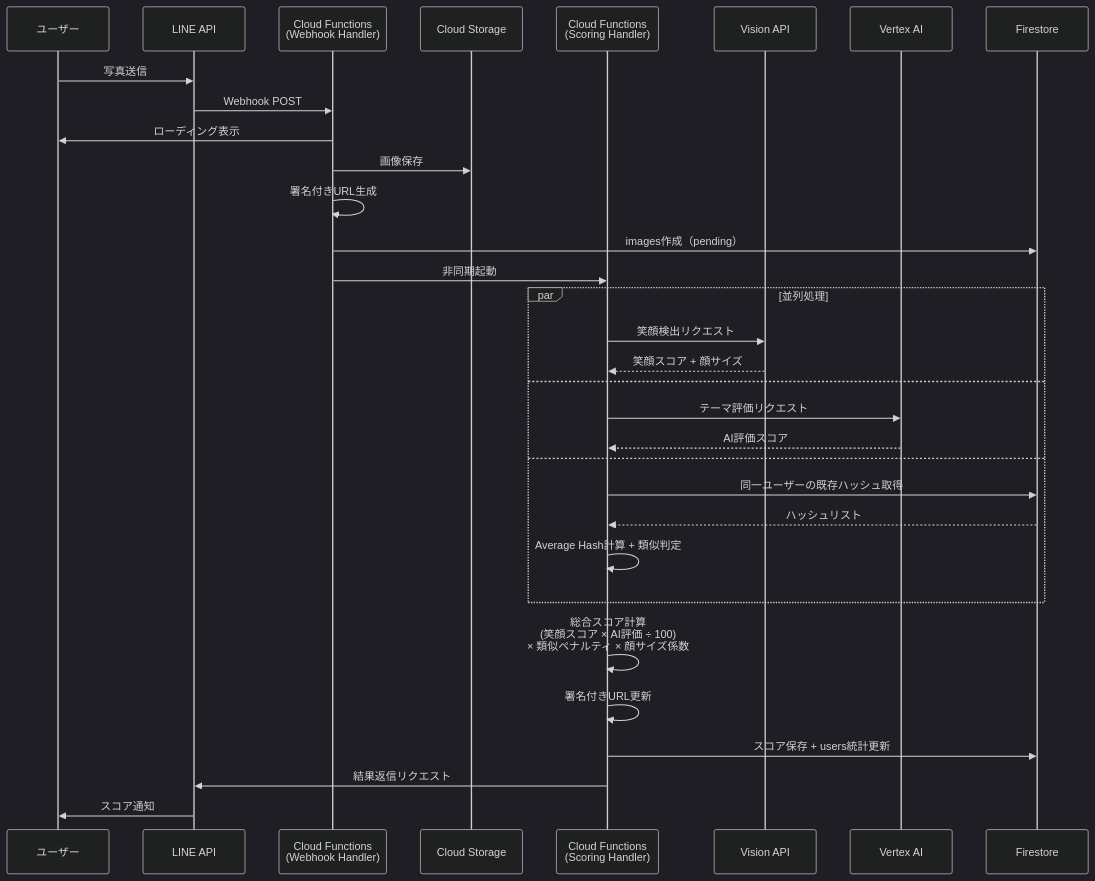
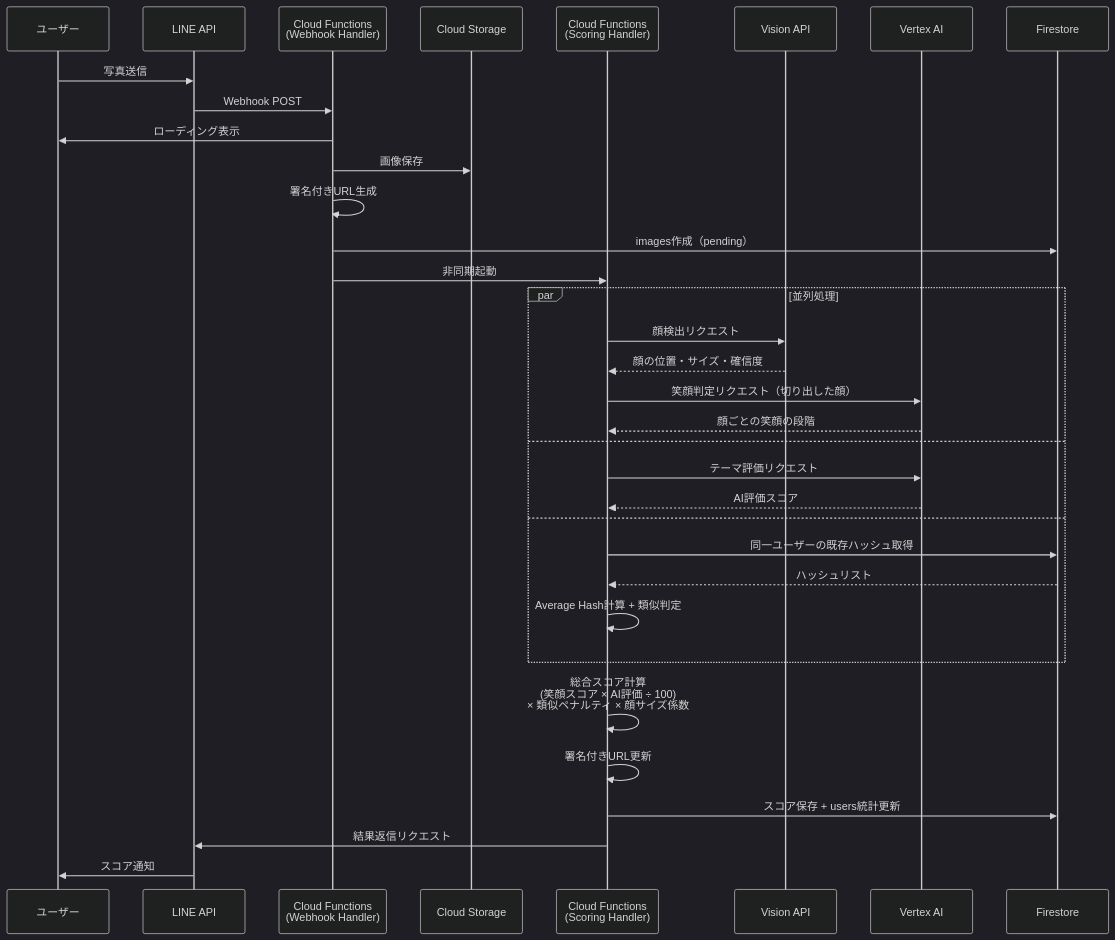
One commit to nakayamaryo0731/wedding_smile_catcher changed the second of 3 diagrams in docs/architecture/overview.md. Above: the diagram before and after it, drawn with Mermaid (dark theme). The commit also changed other lines of this file and 6 other files, not shown here.

````diff
--- a/docs/architecture/overview.md
+++ b/docs/architecture/overview.md
@@ -222,37 +223,39 @@
 ```mermaid
 sequenceDiagram
     participant User as ユーザー
     participant LINE as LINE API
     participant Webhook as Cloud Functions<br/>(Webhook Handler)
     participant Storage as Cloud Storage
     participant Scoring as Cloud Functions<br/>(Scoring Handler)
     participant Vision as Vision API
     participant Vertex as Vertex AI
     participant DB as Firestore
 
     User->>LINE: 写真送信
     LINE->>Webhook: Webhook POST
     Webhook->>User: ローディング表示
     Webhook->>Storage: 画像保存
     Webhook->>Webhook: 署名付きURL生成
     Webhook->>DB: images作成（pending）
     Webhook->>Scoring: 非同期起動
 
     par 並列処理
-        Scoring->>Vision: 笑顔検出リクエスト
-        Vision-->>Scoring: 笑顔スコア + 顔サイズ
+        Scoring->>Vision: 顔検出リクエスト
+        Vision-->>Scoring: 顔の位置・サイズ・確信度
+        Scoring->>Vertex: 笑顔判定リクエスト（切り出した顔）
+        Vertex-->>Scoring: 顔ごとの笑顔の段階
     and
         Scoring->>Vertex: テーマ評価リクエスト
         Vertex-->>Scoring: AI評価スコア
     and
         Scoring->>DB: 同一ユーザーの既存ハッシュ取得
         DB-->>Scoring: ハッシュリスト
         Scoring->>Scoring: Average Hash計算 + 類似判定
     end
 
     Scoring->>Scoring: 総合スコア計算<br/>(笑顔スコア × AI評価 ÷ 100)<br/>× 類似ペナルティ × 顔サイズ係数
     Scoring->>Scoring: 署名付きURL更新
     Scoring->>DB: スコア保存 + users統計更新
     Scoring->>LINE: 結果返信リクエスト
     LINE->>User: スコア通知
 ```
````
